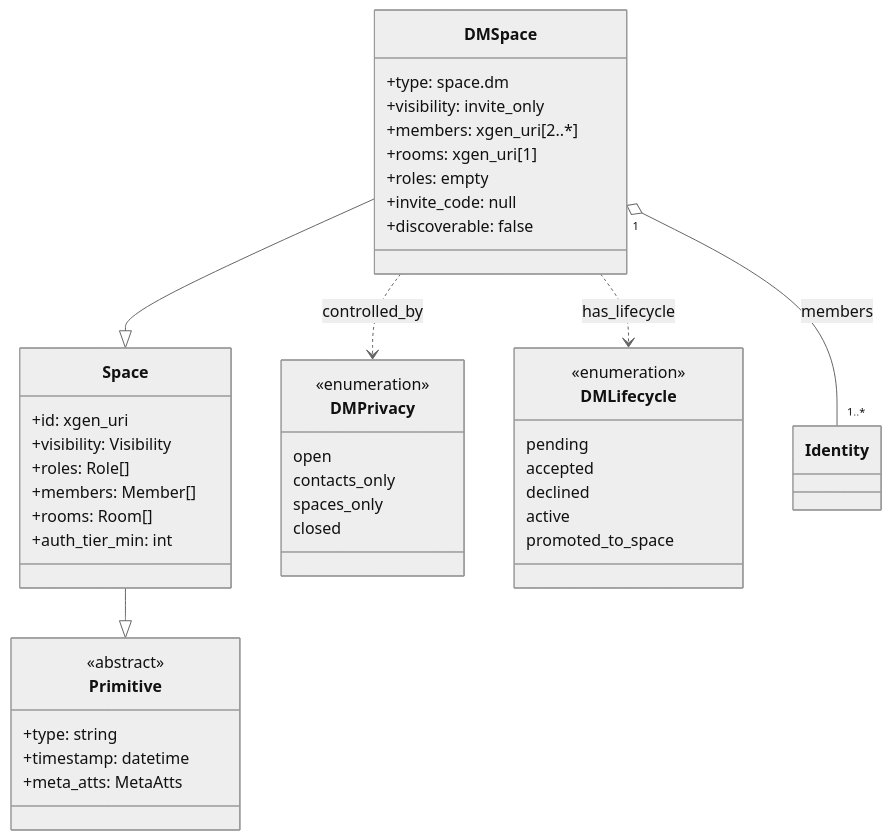
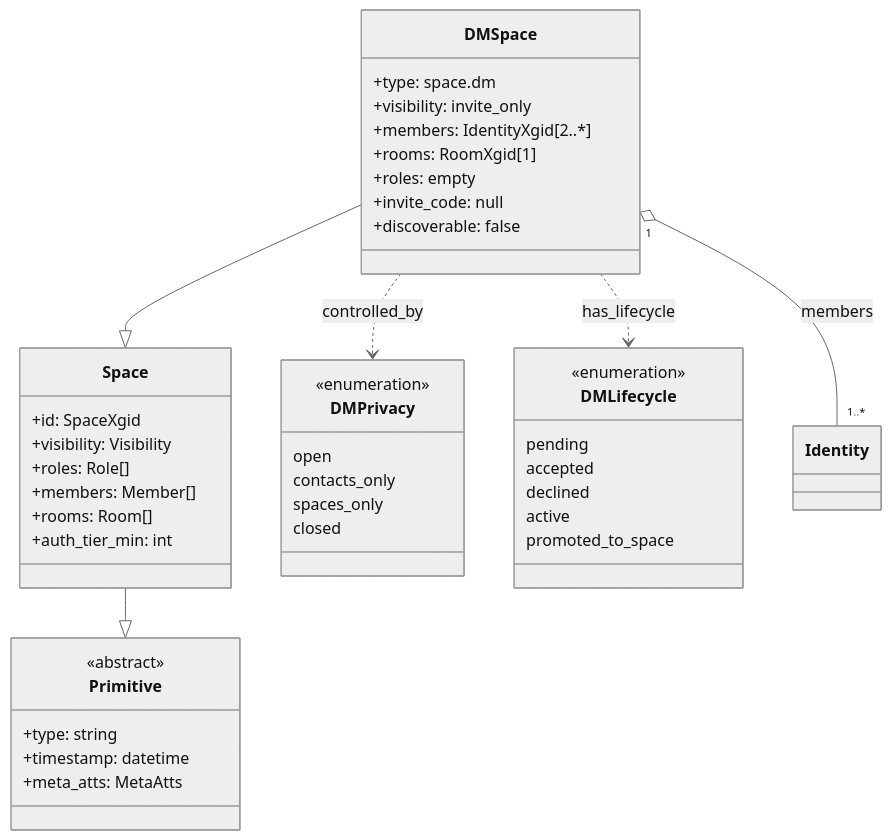
Before and after one commit to ianus777/XGenProtocol: diagram 12 of 16 in docs/xgen_appendix_c_en.md, drawn with Mermaid (neutral theme). The commit also changed other lines of this file and 1 other file, not shown here.

````diff
--- a/docs/xgen_appendix_c_en.md
+++ b/docs/xgen_appendix_c_en.md
@@ -910,47 +916,47 @@
 ```mermaid
 classDiagram
     class Primitive {
         <<abstract>>
         +type: string
         +timestamp: datetime
         +meta_atts: MetaAtts
     }
     class Space {
-        +id: xgen_uri
+        +id: SpaceXgid
         +visibility: Visibility
         +roles: Role[]
         +members: Member[]
         +rooms: Room[]
         +auth_tier_min: int
     }
     class DMSpace {
         +type: space.dm
         +visibility: invite_only
-        +members: xgen_uri[2..*]
-        +rooms: xgen_uri[1]
+        +members: IdentityXgid[2..*]
+        +rooms: RoomXgid[1]
         +roles: empty
         +invite_code: null
         +discoverable: false
     }
     class DMPrivacy {
         <<enumeration>>
         open
         contacts_only
         spaces_only
         closed
     }
     class DMLifecycle {
         <<enumeration>>
         pending
         accepted
         declined
         active
         promoted_to_space
     }
 
     Space --|> Primitive
     DMSpace --|> Space
     DMSpace ..> DMPrivacy : controlled_by
     DMSpace ..> DMLifecycle : has_lifecycle
     DMSpace "1" o-- "1..*" Identity : members
 ```
````
